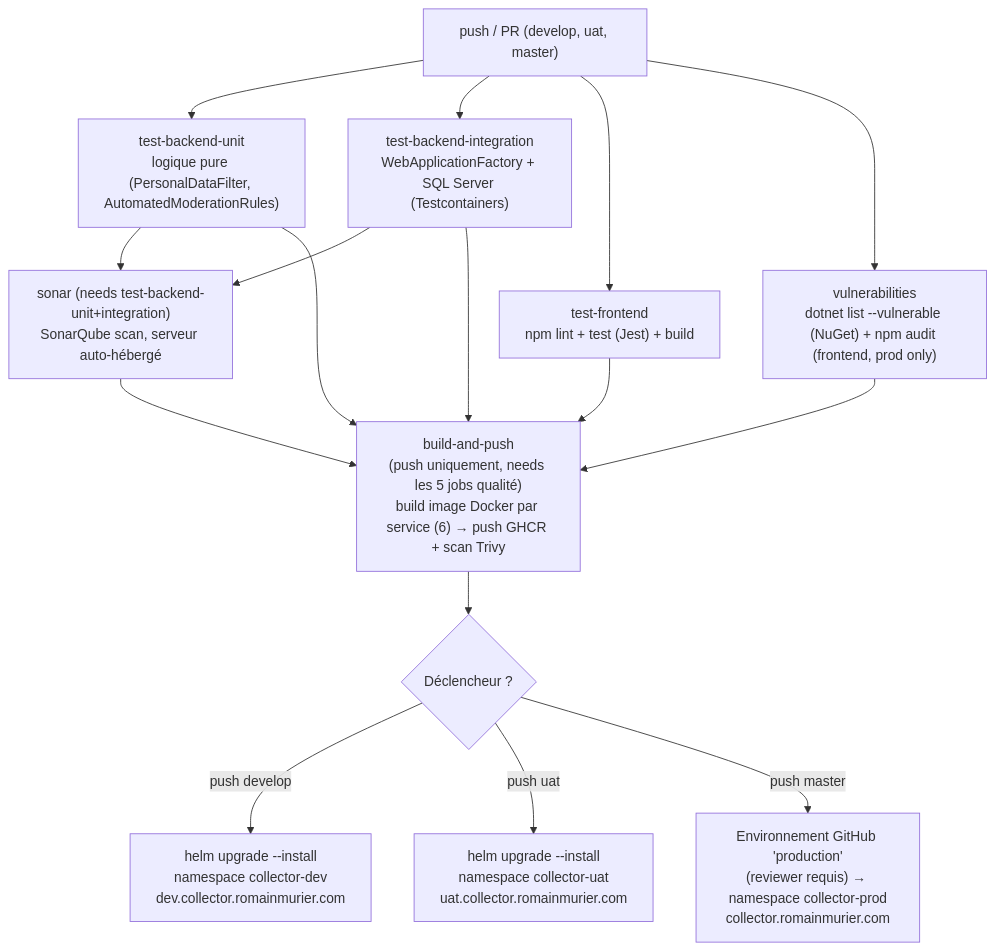
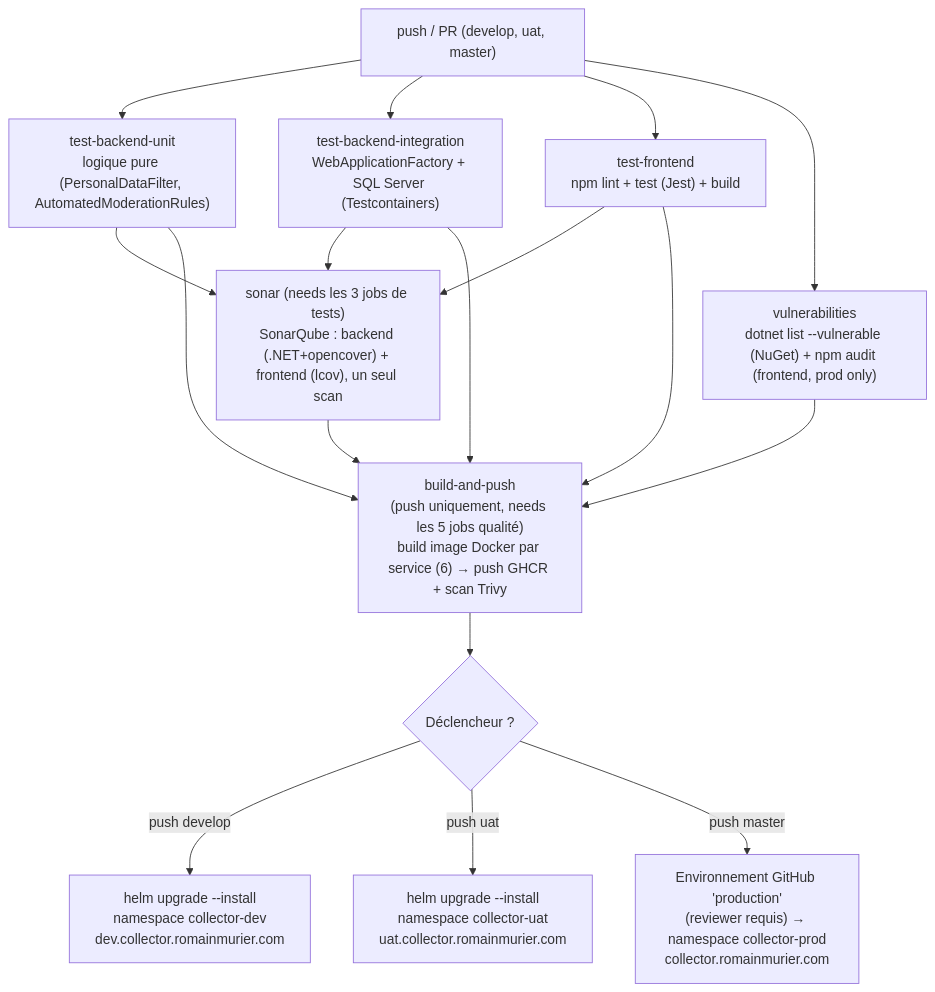
Before and after one commit to RMurier/CESI-CUBE-3-BAC-5-INDIVIDUEL: the second of 2 diagrams in README.md, drawn with Mermaid. The commit also changed other lines of this file and 5 other files, not shown here.

````diff
--- a/README.md
+++ b/README.md
@@ -300,18 +303,19 @@
 ```mermaid
 flowchart TD
     A["push / PR (develop, uat, master)"] --> B["test-backend-unit<br/>logique pure (PersonalDataFilter, AutomatedModerationRules)"]
     A --> B2["test-backend-integration<br/>WebApplicationFactory + SQL Server (Testcontainers)"]
     A --> C["test-frontend<br/>npm lint + test (Jest) + build"]
     A --> D["vulnerabilities<br/>dotnet list --vulnerable (NuGet) + npm audit (frontend, prod only)"]
-    B --> E["sonar (needs test-backend-unit+integration)<br/>SonarQube scan, serveur auto-hébergé"]
+    B --> E["sonar (needs les 3 jobs de tests)<br/>SonarQube : backend (.NET+opencover) + frontend (lcov), un seul scan"]
     B2 --> E
+    C --> E
     B --> F["build-and-push<br/>(push uniquement, needs les 5 jobs qualité)<br/>build image Docker par service (6) → push GHCR + scan Trivy"]
     B2 --> F
     C --> F
     D --> F
     E --> F
     F --> G{"Déclencheur ?"}
     G -->|push develop| H["helm upgrade --install<br/>namespace collector-dev<br/>dev.collector.romainmurier.com"]
     G -->|push uat| I["helm upgrade --install<br/>namespace collector-uat<br/>uat.collector.romainmurier.com"]
     G -->|push master| J["Environnement GitHub 'production'<br/>(reviewer requis) → namespace collector-prod<br/>collector.romainmurier.com"]
 ```
````
